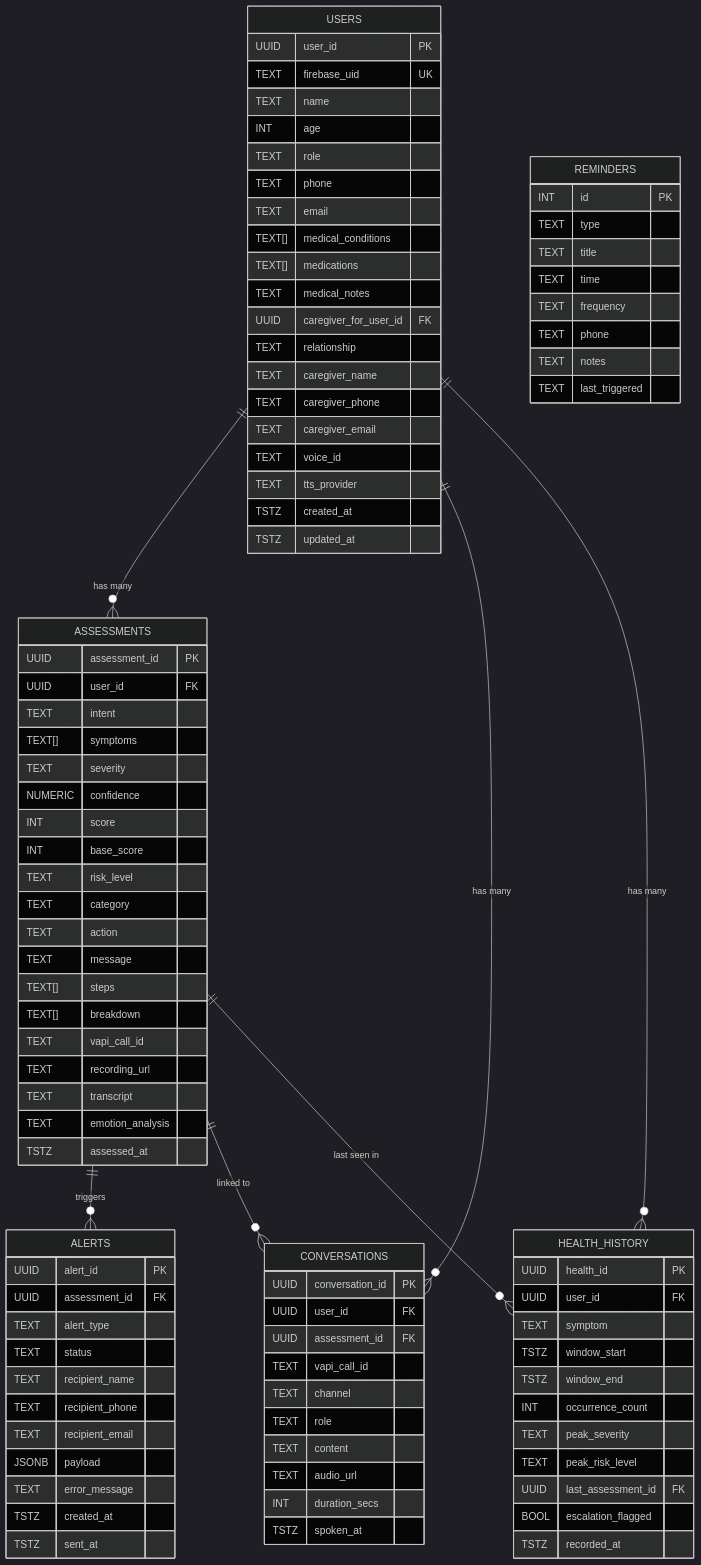
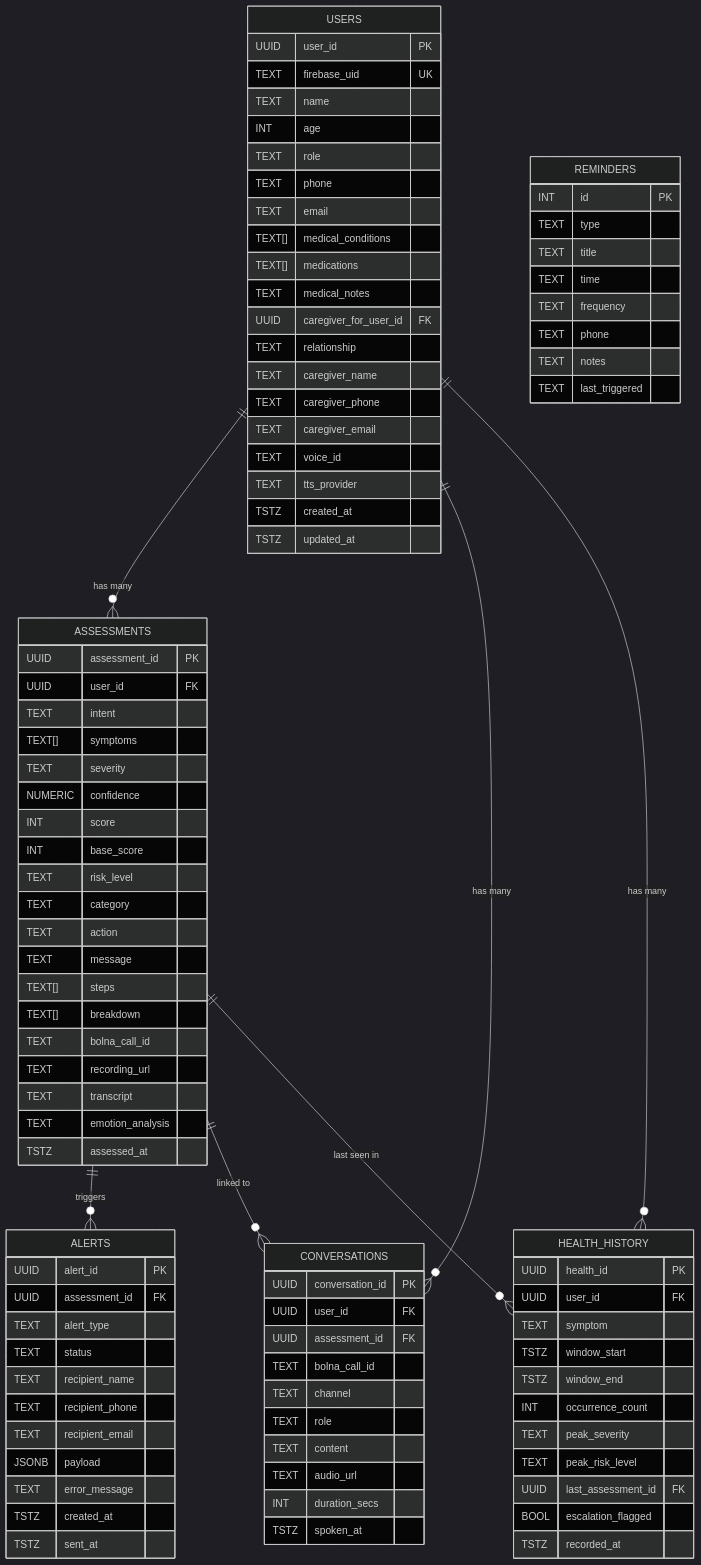
The second of 2 diagrams in docs/architecture.md (kedar-builds/wellring-voice_agent), drawn with Mermaid (dark theme) before and after one commit. The commit also changed other lines of this file and 47 other files, not shown here.

```diff
--- a/docs/architecture.md
+++ b/docs/architecture.md
@@ -106,7 +106,7 @@
         TEXT        message
         TEXT[]      steps
         TEXT[]      breakdown
-        TEXT        vapi_call_id
+        TEXT        bolna_call_id
         TEXT        recording_url
         TEXT        transcript
         TEXT        emotion_analysis
@@ -131,7 +131,7 @@
         UUID    conversation_id PK
         UUID    user_id         FK
         UUID    assessment_id   FK
-        TEXT    vapi_call_id
+        TEXT    bolna_call_id
         TEXT    channel
         TEXT    role
         TEXT    content
```
